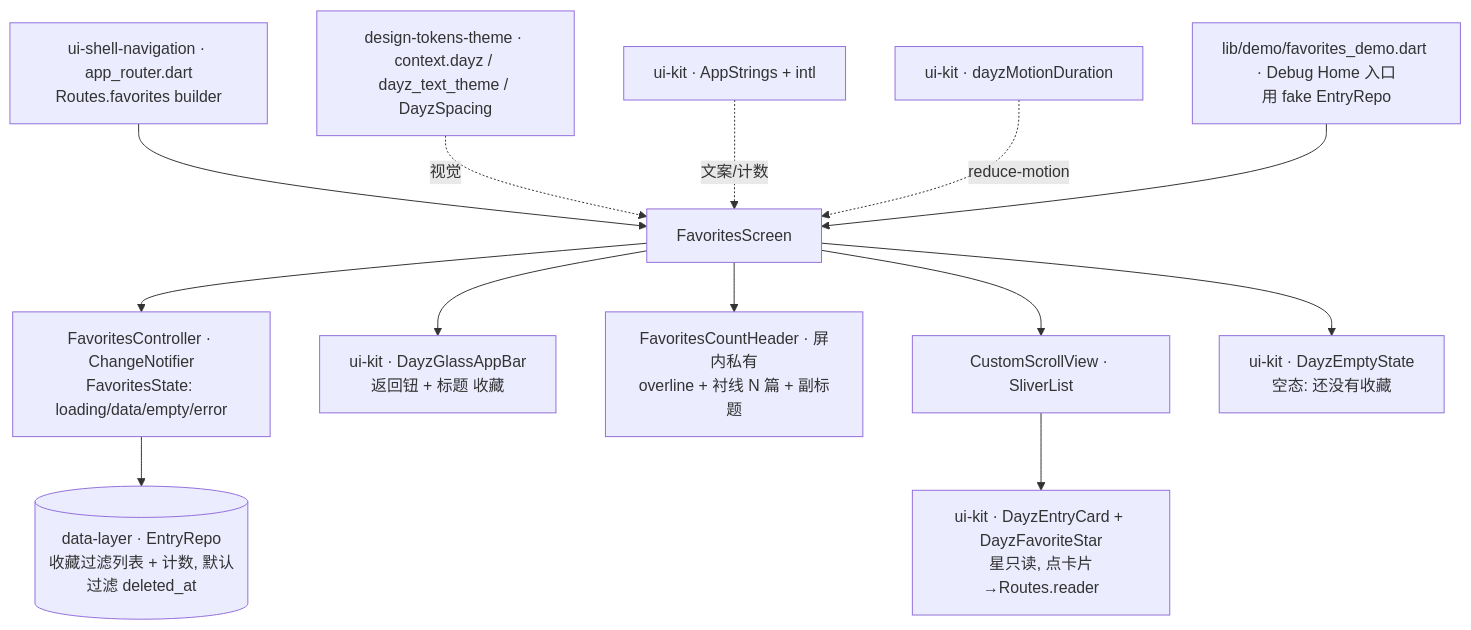
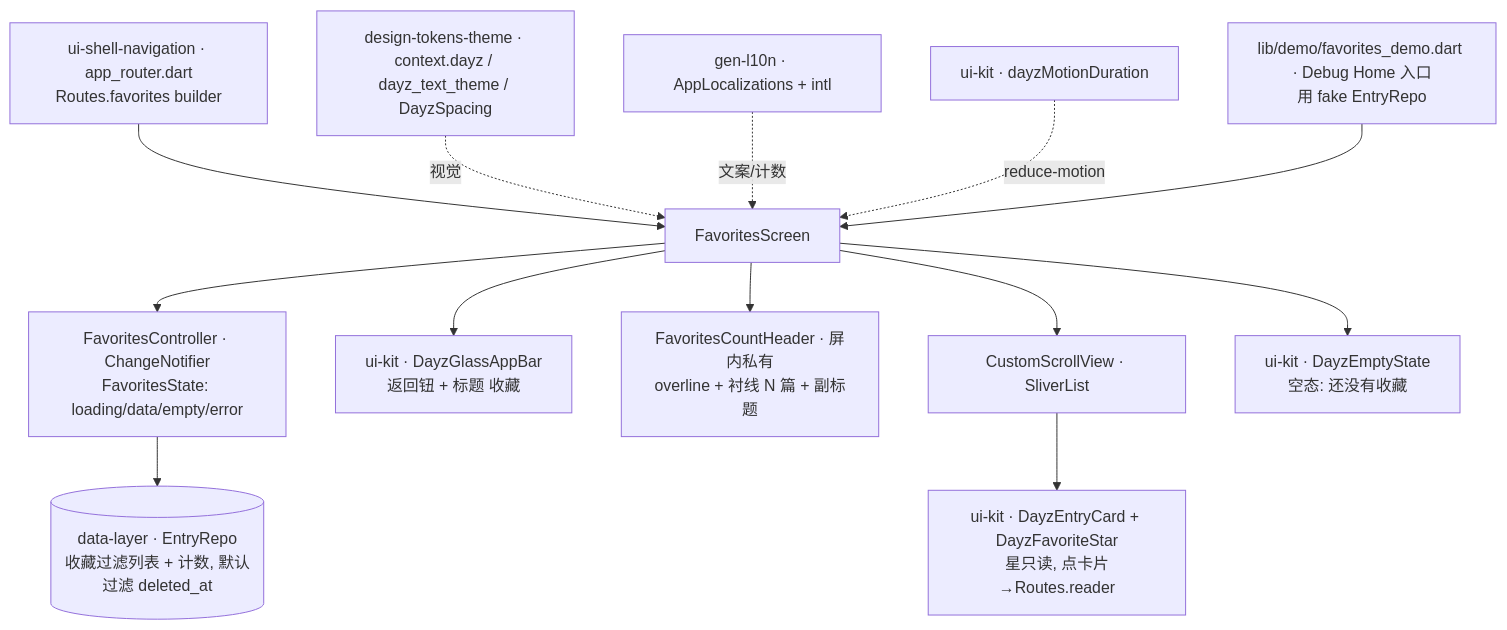
One commit to cr1992/DayZ changed the diagram in specs/active/favorites-screen/design.md. Above: the diagram before and after it, drawn with Mermaid. The commit also changed other lines of this file and 104 other files, not shown here.

````diff
--- a/specs/active/favorites-screen/design.md
+++ b/specs/active/favorites-screen/design.md
@@ -64,15 +64,15 @@
 ```mermaid
 graph TD
   ROUTE[ui-shell-navigation · app_router.dart\nRoutes.favorites builder] --> SCR[FavoritesScreen]
   SCR --> CTRL[FavoritesController · ChangeNotifier\nFavoritesState: loading/data/empty/error]
   CTRL --> REPO[(data-layer · EntryRepo\n收藏过滤列表 + 计数, 默认过滤 deleted_at)]
   SCR --> TOP[ui-kit · DayzGlassAppBar\n返回钮 + 标题 收藏]
   SCR --> HEAD[FavoritesCountHeader · 屏内私有\noverline + 衬线 N 篇 + 副标题]
   SCR --> LIST[CustomScrollView · SliverList]
   LIST --> CARD[ui-kit · DayzEntryCard + DayzFavoriteStar\n星只读, 点卡片→Routes.reader]
   SCR --> EMPTY[ui-kit · DayzEmptyState\n空态: 还没有收藏]
   TOK[design-tokens-theme · context.dayz / dayz_text_theme / DayzSpacing] -.视觉.-> SCR
-  STR[ui-kit · AppStrings + intl] -.文案/计数.-> SCR
+  STR[gen-l10n · AppLocalizations + intl] -.文案/计数.-> SCR
   MO[ui-kit · dayzMotionDuration] -.reduce-motion.-> SCR
   DEMO[lib/demo/favorites_demo.dart · Debug Home 入口\n用 fake EntryRepo] --> SCR
 ```
````
